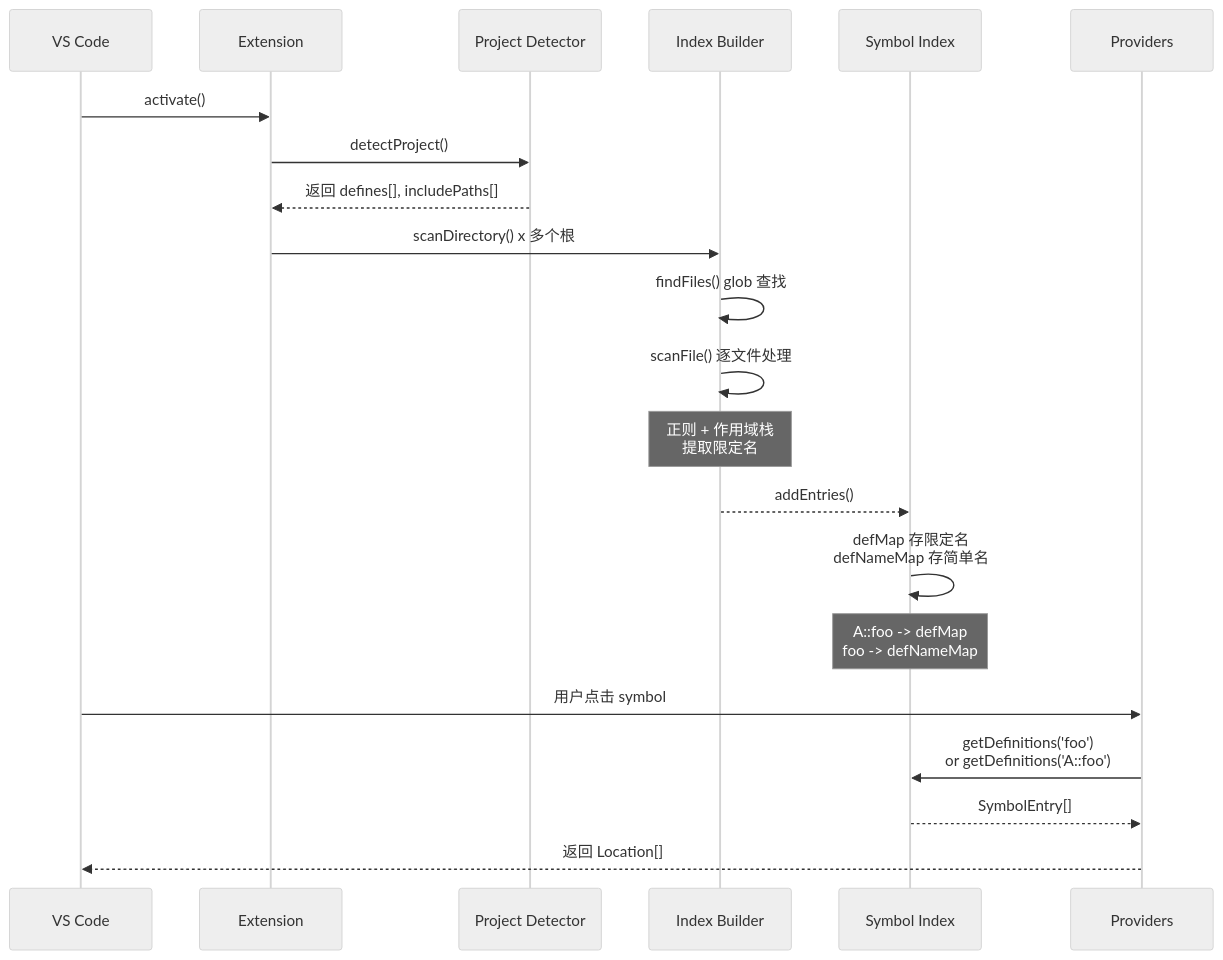
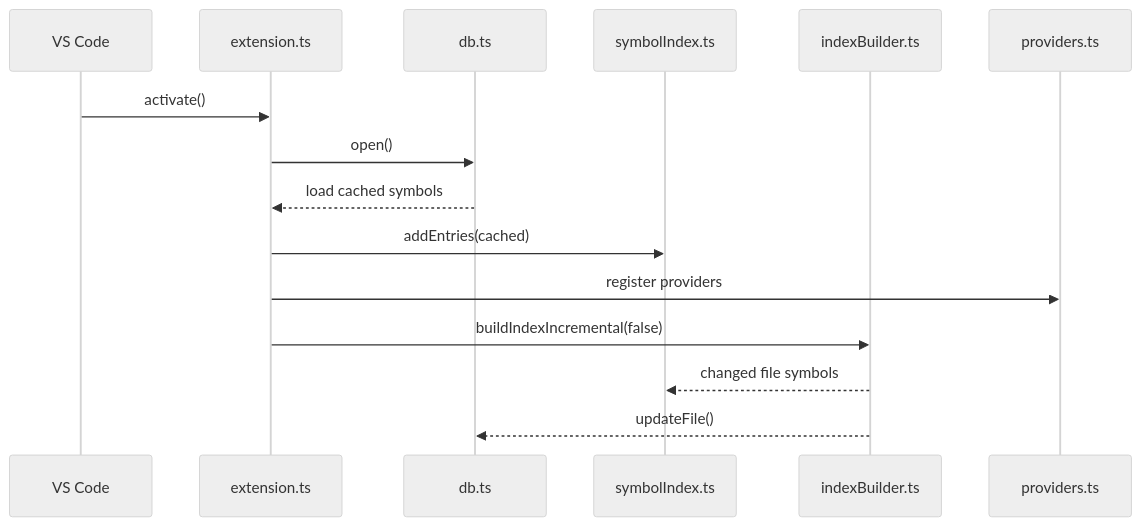
The first of 2 diagrams in ARCHITECTURE.md (Kalaser/cpp-navigator), drawn with Mermaid (neutral theme) before and after one commit. The commit also changed other lines of this file and 18 other files, not shown here.

````diff
--- a/ARCHITECTURE.md
+++ b/ARCHITECTURE.md
@@ -53,25 +40,18 @@
 ```mermaid
 sequenceDiagram
     participant VS as VS Code
-    participant Ext as Extension
-    participant Proj as Project Detector
-    participant Builder as Index Builder
-    participant Index as Symbol Index
-    participant Provider as Providers
+    participant Ext as extension.ts
+    participant DB as db.ts
+    participant Index as symbolIndex.ts
+    participant Builder as indexBuilder.ts
+    participant Provider as providers.ts
 
     VS->>Ext: activate()
-    Ext->>Proj: detectProject()
-    Proj-->>Ext: 返回 defines[], includePaths[]
-    Ext->>Builder: scanDirectory() x 多个根
-    Builder->>Builder: findFiles() glob 查找
-    Builder->>Builder: scanFile() 逐文件处理
-    Note over Builder: 正则 + 作用域栈<br/>提取限定名
-    Builder-->>Index: addEntries()
-    Index->>Index: defMap 存限定名<br/>defNameMap 存简单名
-    Note over Index: A::foo -> defMap<br/>foo -> defNameMap
-
-    VS->>Provider: 用户点击 symbol
-    Provider->>Index: getDefinitions('foo')<br/>or getDefinitions('A::foo')
-    Index-->>Provider: SymbolEntry[]
-    Provider-->>VS: 返回 Location[]
+    Ext->>DB: open()
+    DB-->>Ext: load cached symbols
+    Ext->>Index: addEntries(cached)
+    Ext->>Provider: register providers
+    Ext->>Builder: buildIndexIncremental(false)
+    Builder-->>Index: changed file symbols
+    Builder-->>DB: updateFile()
 ```
````
